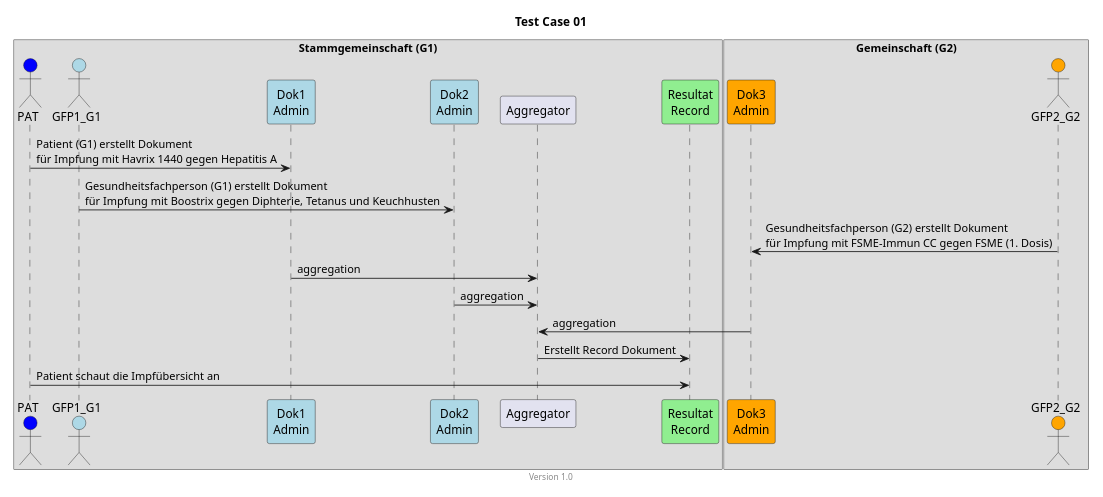
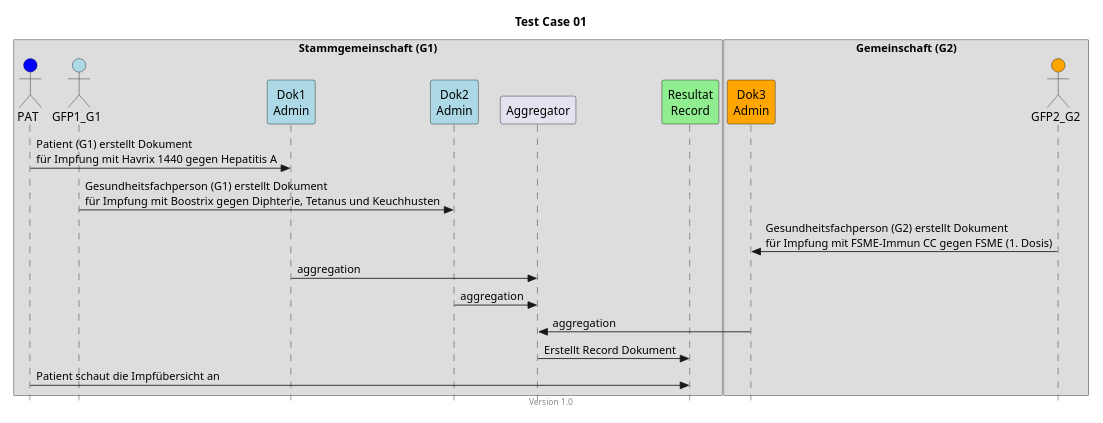
One commit to hl7ch/ch-vacd changed the diagram in input/images-source/TC01.plantuml. Above: the diagram before and after it, drawn with PlantUML. The commit also changed 19 other files, not shown here.

```diff
--- a/input/images-source/TC01.plantuml
+++ b/input/images-source/TC01.plantuml
@@ -1,35 +1,36 @@
 @startuml
 title Test Case 01
 footer Version 1.0
 skinparam responseMessageBelowArrow true
+skinparam style strictuml
 scale max 800 width
 
 
 box "Stammgemeinschaft (G1)"
 actor PAT #blue
 actor GFP1_G1 #lightblue
 participant "Dok1\nAdmin" #lightblue
 participant "Dok2\nAdmin" #lightblue
 participant Aggregator
 participant "Resultat\nRecord" #lightgreen
 end box
 
 box "Gemeinschaft (G2)"
 participant "Dok3\nAdmin" #orange
 actor GFP2_G2 #orange
 end box
 
 PAT -> "Dok1\nAdmin": Patient (G1) erstellt Dokument\nfür Impfung mit Havrix 1440 gegen Hepatitis A
 
 GFP1_G1 -> "Dok2\nAdmin": Gesundheitsfachperson (G1) erstellt Dokument\nfür Impfung mit Boostrix gegen Diphterie, Tetanus und Keuchhusten
 
 GFP2_G2 -> "Dok3\nAdmin": Gesundheitsfachperson (G2) erstellt Dokument\nfür Impfung mit FSME-Immun CC gegen FSME (1. Dosis)
 
 "Dok1\nAdmin" -> Aggregator: aggregation
 "Dok2\nAdmin" -> Aggregator: aggregation
 "Dok3\nAdmin" -> Aggregator: aggregation
 Aggregator -> "Resultat\nRecord": Erstellt Record Dokument
 PAT -> "Resultat\nRecord": Patient schaut die Impfübersicht an
 
 
 @enduml
```
